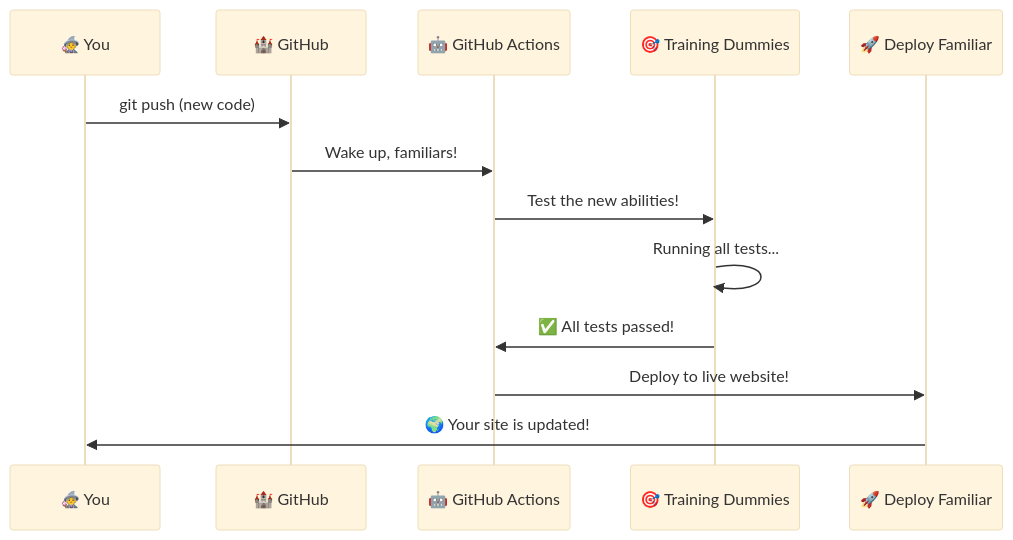
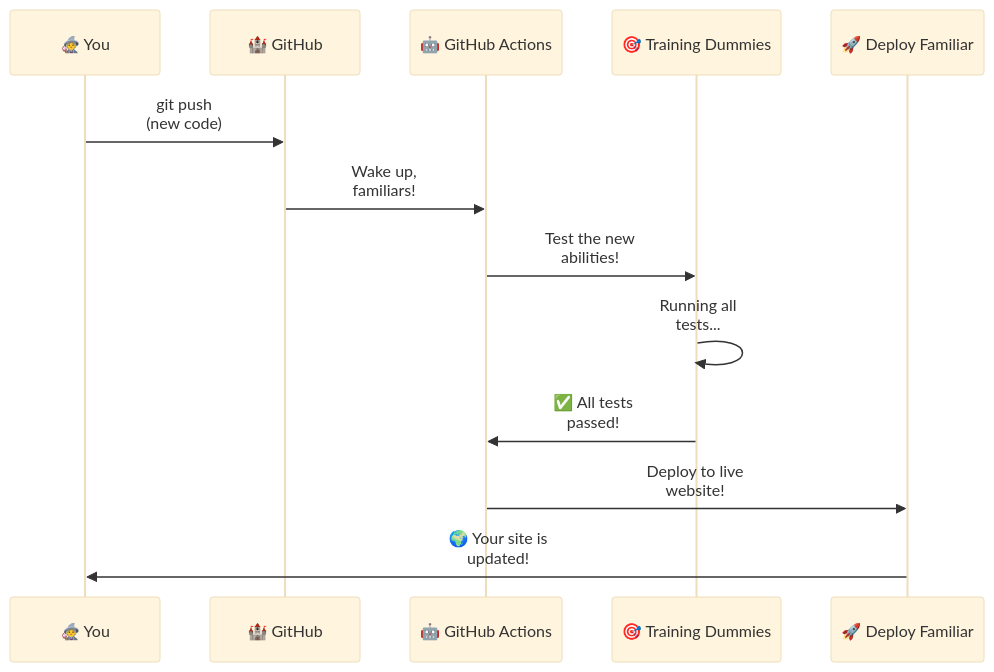
One commit to j4yh3m/alexandra-fizzbuzz-js changed the tenth of 12 diagrams in docs/TOOLS_GLOSSARY.md. Above: the diagram before and after it, drawn with Mermaid (base theme). The commit also changed other lines of this file and 2 other files, not shown here.

First line of the commit message:
fix: improve Mermaid diagram readability with better text wrapping

````diff
--- a/docs/TOOLS_GLOSSARY.md
+++ b/docs/TOOLS_GLOSSARY.md
@@ -318,16 +323,16 @@
 ```mermaid
 sequenceDiagram
     participant You as 🧙‍♀️ You
     participant GitHub as 🏰 GitHub
     participant Actions as 🤖 GitHub Actions
     participant Tests as 🎯 Training Dummies
     participant Deploy as 🚀 Deploy Familiar
     
-    You->>GitHub: git push (new code)
-    GitHub->>Actions: Wake up, familiars!
-    Actions->>Tests: Test the new abilities!
-    Tests->>Tests: Running all tests...
-    Tests->>Actions: ✅ All tests passed!
-    Actions->>Deploy: Deploy to live website!
-    Deploy->>You: 🌍 Your site is updated!
+    You->>GitHub: git push<br/>(new code)
+    GitHub->>Actions: Wake up,<br/>familiars!
+    Actions->>Tests: Test the new<br/>abilities!
+    Tests->>Tests: Running all<br/>tests...
+    Tests->>Actions: ✅ All tests<br/>passed!
+    Actions->>Deploy: Deploy to live<br/>website!
+    Deploy->>You: 🌍 Your site is<br/>updated!
 ```
````
